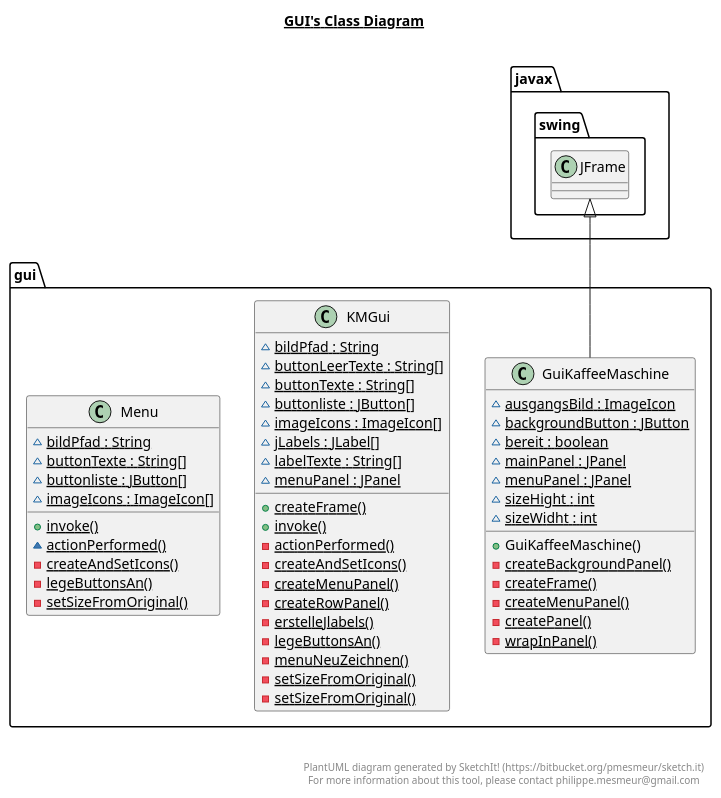
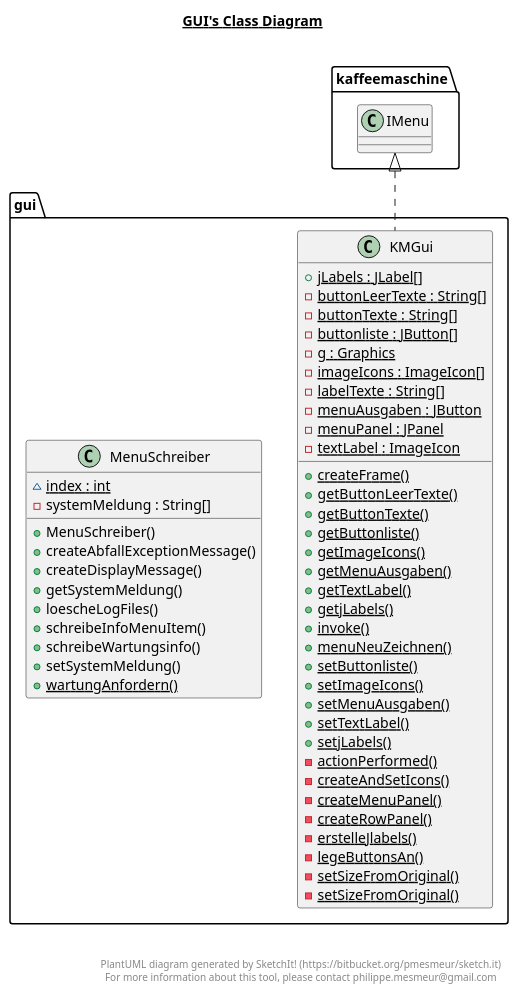
The diagram in src/gui/gui.plantuml (luzumi/KaffeeMaschine), drawn with PlantUML before and after one commit. The commit also changed 23 other files, not shown here.

First line of the commit message:
Kaffeemaschine Issue GUI ZutatenBehaelterLeerException

```diff
--- a/src/gui/gui.plantuml
+++ b/src/gui/gui.plantuml
@@ -1,74 +1,71 @@
 @startuml
 
 title __GUI's Class Diagram__\n
 
   namespace gui {
-    class gui.GuiKaffeeMaschine {
-        {static} ~ ausgangsBild : ImageIcon
-        {static} ~ backgroundButton : JButton
-        {static} ~ bereit : boolean
-        {static} ~ mainPanel : JPanel
-        {static} ~ menuPanel : JPanel
-        {static} ~ sizeHight : int
-        {static} ~ sizeWidht : int
-        + GuiKaffeeMaschine()
-        {static} - createBackgroundPanel()
-        {static} - createFrame()
-        {static} - createMenuPanel()
-        {static} - createPanel()
-        {static} - wrapInPanel()
-    }
-  }
-  
-
-  namespace gui {
     class gui.KMGui {
-        {static} ~ bildPfad : String
-        {static} ~ buttonLeerTexte : String[]
-        {static} ~ buttonTexte : String[]
-        {static} ~ buttonliste : JButton[]
-        {static} ~ imageIcons : ImageIcon[]
-        {static} ~ jLabels : JLabel[]
-        {static} ~ labelTexte : String[]
-        {static} ~ menuPanel : JPanel
+        {static} + jLabels : JLabel[]
+        {static} - buttonLeerTexte : String[]
+        {static} - buttonTexte : String[]
+        {static} - buttonliste : JButton[]
+        {static} - g : Graphics
+        {static} - imageIcons : ImageIcon[]
+        {static} - labelTexte : String[]
+        {static} - menuAusgaben : JButton
+        {static} - menuPanel : JPanel
+        {static} - textLabel : ImageIcon
         {static} + createFrame()
+        {static} + getButtonLeerTexte()
+        {static} + getButtonTexte()
+        {static} + getButtonliste()
+        {static} + getImageIcons()
+        {static} + getMenuAusgaben()
+        {static} + getTextLabel()
+        {static} + getjLabels()
         {static} + invoke()
+        {static} + menuNeuZeichnen()
+        {static} + setButtonliste()
+        {static} + setImageIcons()
+        {static} + setMenuAusgaben()
+        {static} + setTextLabel()
+        {static} + setjLabels()
         {static} - actionPerformed()
         {static} - createAndSetIcons()
         {static} - createMenuPanel()
         {static} - createRowPanel()
         {static} - erstelleJlabels()
         {static} - legeButtonsAn()
-        {static} - menuNeuZeichnen()
         {static} - setSizeFromOriginal()
         {static} - setSizeFromOriginal()
     }
   }
   
 
   namespace gui {
-    class gui.Menu {
-        {static} ~ bildPfad : String
-        {static} ~ buttonTexte : String[]
-        {static} ~ buttonliste : JButton[]
-        {static} ~ imageIcons : ImageIcon[]
-        {static} + invoke()
-        {static} ~ actionPerformed()
-        {static} - createAndSetIcons()
-        {static} - legeButtonsAn()
-        {static} - setSizeFromOriginal()
+    class gui.MenuSchreiber {
+        {static} ~ index : int
+        - systemMeldung : String[]
+        + MenuSchreiber()
+        + createAbfallExceptionMessage()
+        + createDisplayMessage()
+        + getSystemMeldung()
+        + loescheLogFiles()
+        + schreibeInfoMenuItem()
+        + schreibeWartungsinfo()
+        + setSystemMeldung()
+        {static} + wartungAnfordern()
     }
   }
   
 
-  gui.GuiKaffeeMaschine -up-|> javax.swing.JFrame
+  gui.KMGui .up.|> kaffeemaschine.IMenu
 
 
 right footer
 
 
 PlantUML diagram generated by SketchIt! (https://bitbucket.org/pmesmeur/sketch.it)
 For more information about this tool, please contact philippe.mesmeur@gmail.com
 endfooter
 
 @enduml
```
